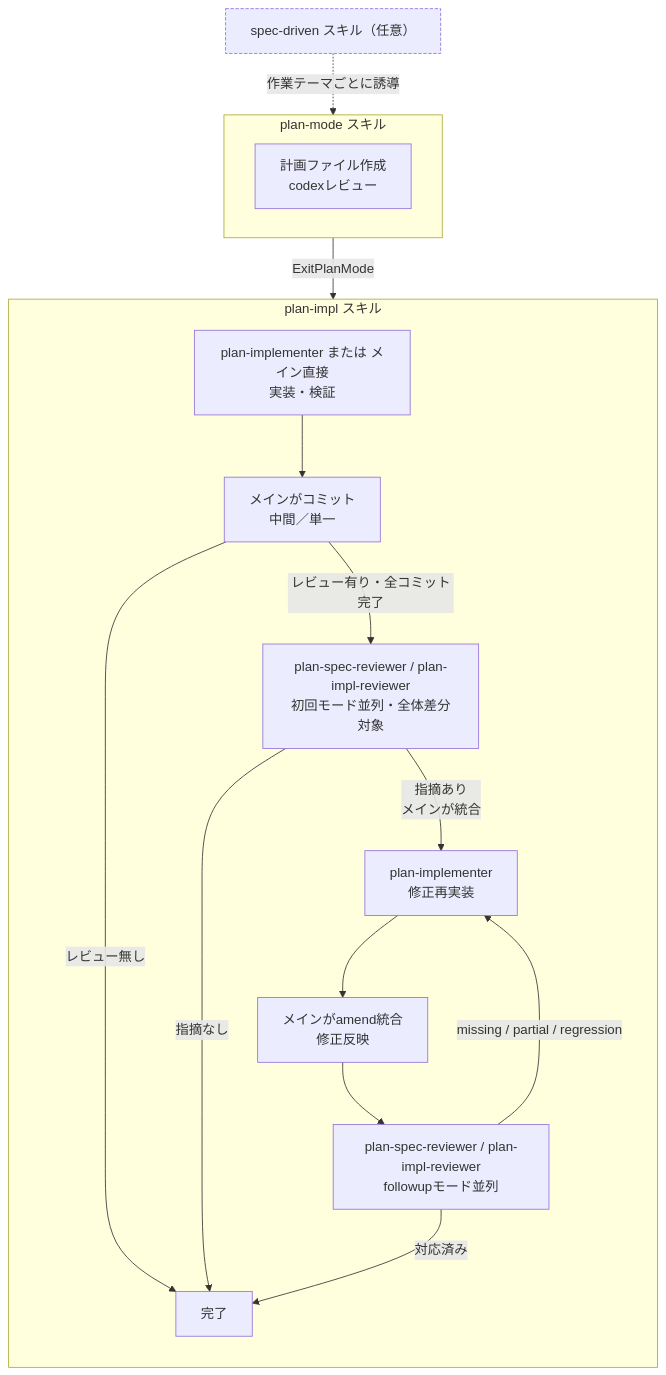
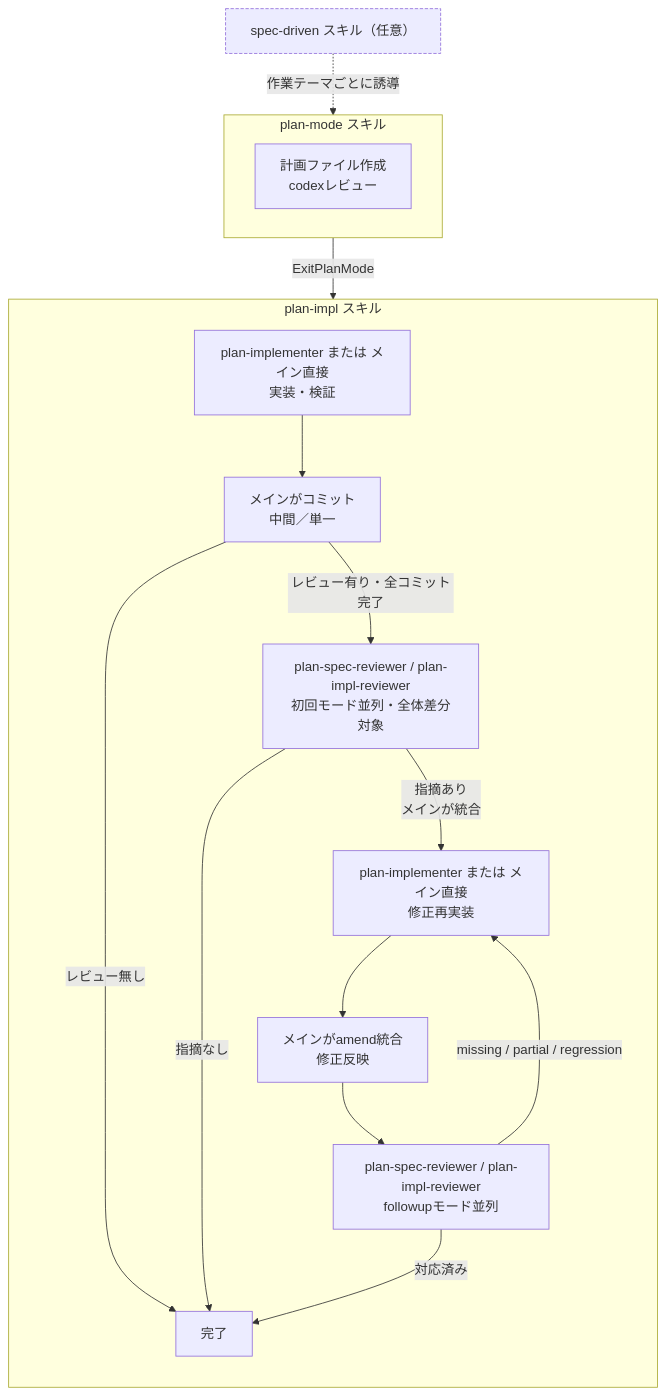
One commit to ak110/dotfiles changed the diagram in .claude/rules/agent-toolkit.md. Above: the diagram before and after it, drawn with Mermaid. The commit also changed other lines of this file and 20 other files, not shown here.

````diff
--- a/.claude/rules/agent-toolkit.md
+++ b/.claude/rules/agent-toolkit.md
@@ -128,23 +135,23 @@
 ```mermaid
 flowchart TB
     SD["spec-driven スキル（任意）"]:::sd
     subgraph PM["plan-mode スキル"]
       P[計画ファイル作成<br/>codexレビュー]
     end
     subgraph PI["plan-impl スキル"]
       direction TB
       T[plan-implementer または メイン直接<br/>実装・検証] --> CM[メインがコミット<br/>中間／単一]
       CM -->|レビュー無し| END[完了]
       CM -->|レビュー有り・全コミット完了| R1[plan-spec-reviewer / plan-impl-reviewer<br/>初回モード並列・全体差分対象]
-      R1 -->|指摘あり<br/>メインが統合| T2[plan-implementer<br/>修正再実装]
+      R1 -->|指摘あり<br/>メインが統合| T2[plan-implementer または メイン直接<br/>修正再実装]
       T2 --> CFix[メインがamend統合<br/>修正反映]
       CFix --> R2[plan-spec-reviewer / plan-impl-reviewer<br/>followupモード並列]
       R2 -->|missing / partial / regression| T2
       R1 -->|指摘なし| END
       R2 -->|対応済み| END
     end
     SD -.->|作業テーマごとに誘導| PM
     PM -->|ExitPlanMode| PI
 
     classDef sd stroke-dasharray: 4 2
 ```
````
